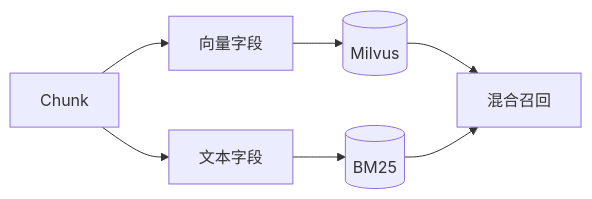
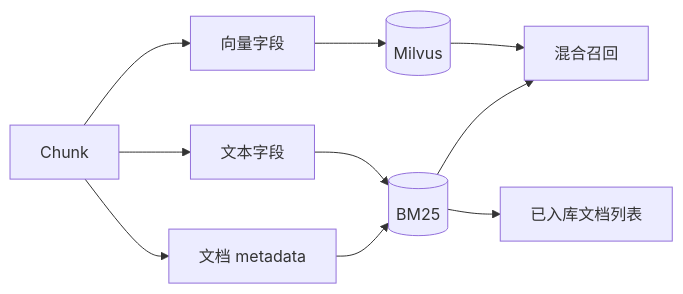
The sixth of 11 diagrams in README.md (szlx23/fabagent-rag), drawn with Mermaid before and after one commit. The commit also changed other lines of this file, not shown here.

Commit message:
Document source-scoped querying flow

````diff
--- a/README.md
+++ b/README.md
@@ -295,10 +296,13 @@
 ```mermaid
 flowchart LR
     A[Chunk]
     A --> B[向量字段]
     A --> C[文本字段]
+    A --> G[文档 metadata]
     B --> D[(Milvus)]
     C --> E[(BM25)]
+    G --> E
     D --> F[混合召回]
     E --> F
+    E --> H[已入库文档列表]
 ```
````
